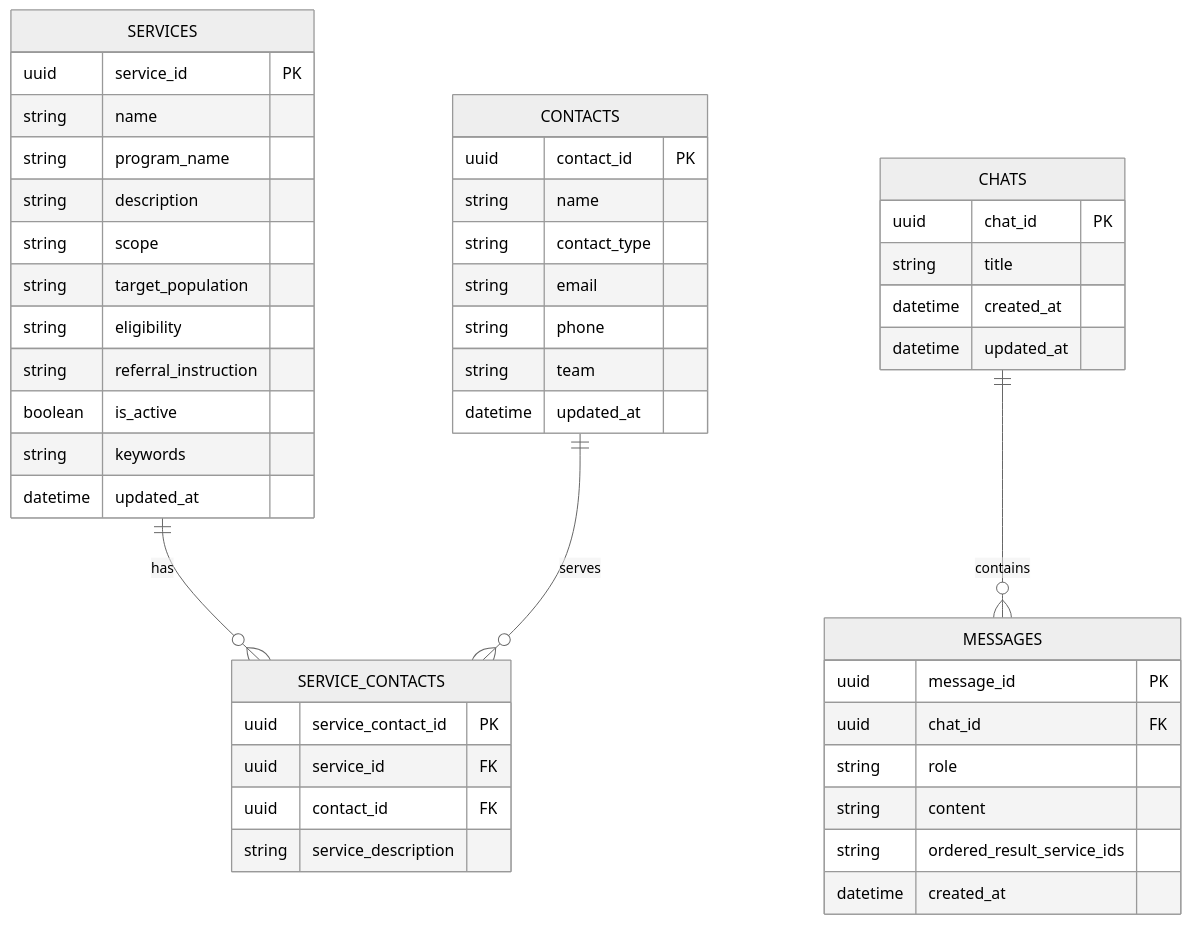
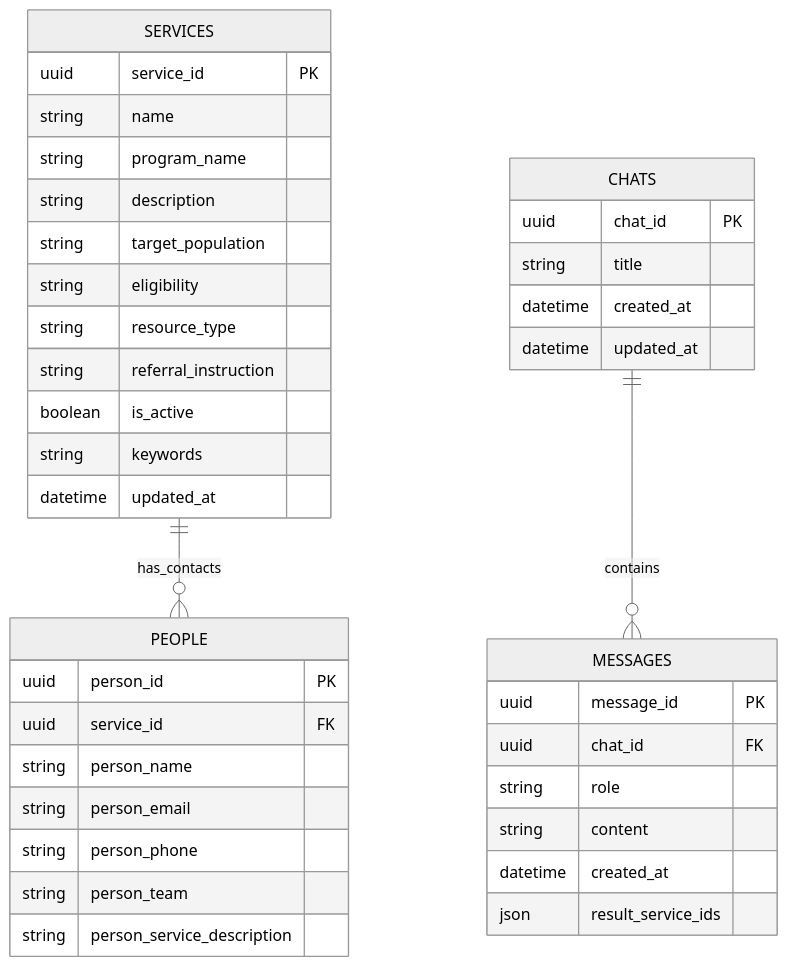
Before and after one commit to rice-apps/montrose-center: the fourth of 4 diagrams in design/product-design.md, drawn with Mermaid (neutral theme). The commit also changed other lines of this file and 4 other files, not shown here.

````diff
--- a/design/product-design.md
+++ b/design/product-design.md
@@ -175,49 +176,42 @@
 ```mermaid
 erDiagram
-    SERVICES ||--o{ SERVICE_CONTACTS : has
-    CONTACTS ||--o{ SERVICE_CONTACTS : serves
+    SERVICES ||--o{ PEOPLE : has_contacts
     CHATS ||--o{ MESSAGES : contains
 
     SERVICES {
         uuid service_id PK
         string name
         string program_name
         string description
-        string scope
         string target_population
         string eligibility
+        string resource_type
         string referral_instruction
         boolean is_active
         string keywords
         datetime updated_at
     }
-    CONTACTS {
-        uuid contact_id PK
-        string name
-        string contact_type
-        string email
-        string phone
-        string team
-        datetime updated_at
-    }
-    SERVICE_CONTACTS {
-        uuid service_contact_id PK
+    PEOPLE {
+        uuid person_id PK
         uuid service_id FK
-        uuid contact_id FK
-        string service_description
+        string person_name
+        string person_email
+        string person_phone
+        string person_team
+        string person_service_description
     }
     CHATS {
         uuid chat_id PK
         string title
         datetime created_at
         datetime updated_at
     }
     MESSAGES {
         uuid message_id PK
         uuid chat_id FK
         string role
         string content
-        string ordered_result_service_ids
         datetime created_at
+        json result_service_ids
     }
 ```
````
